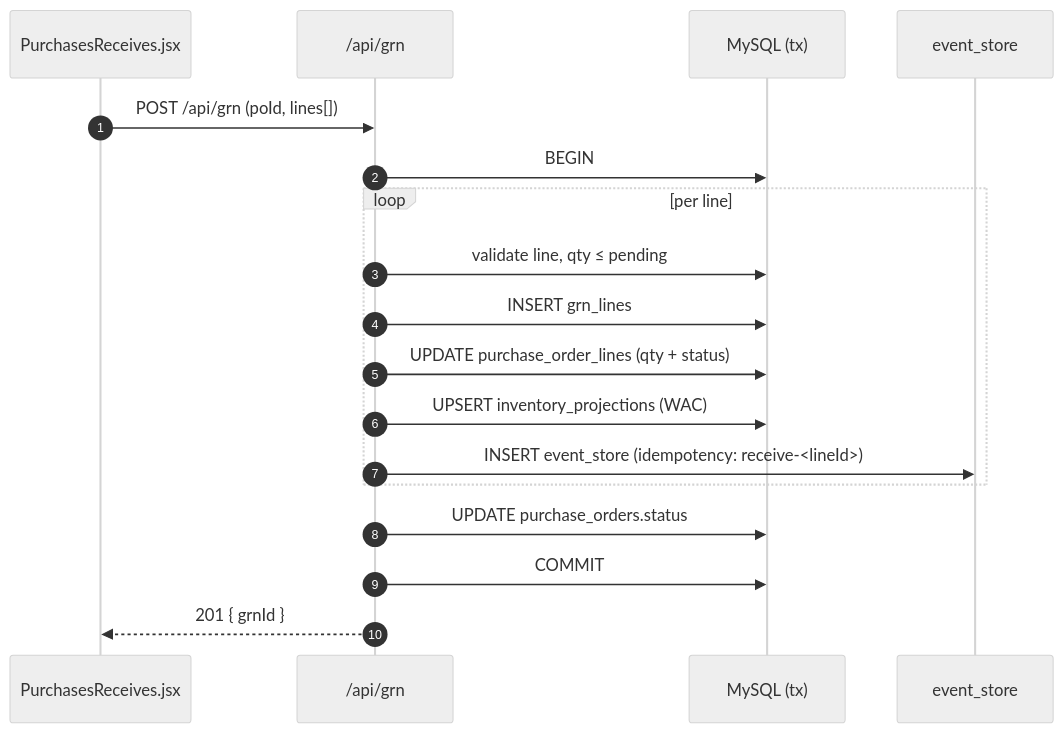
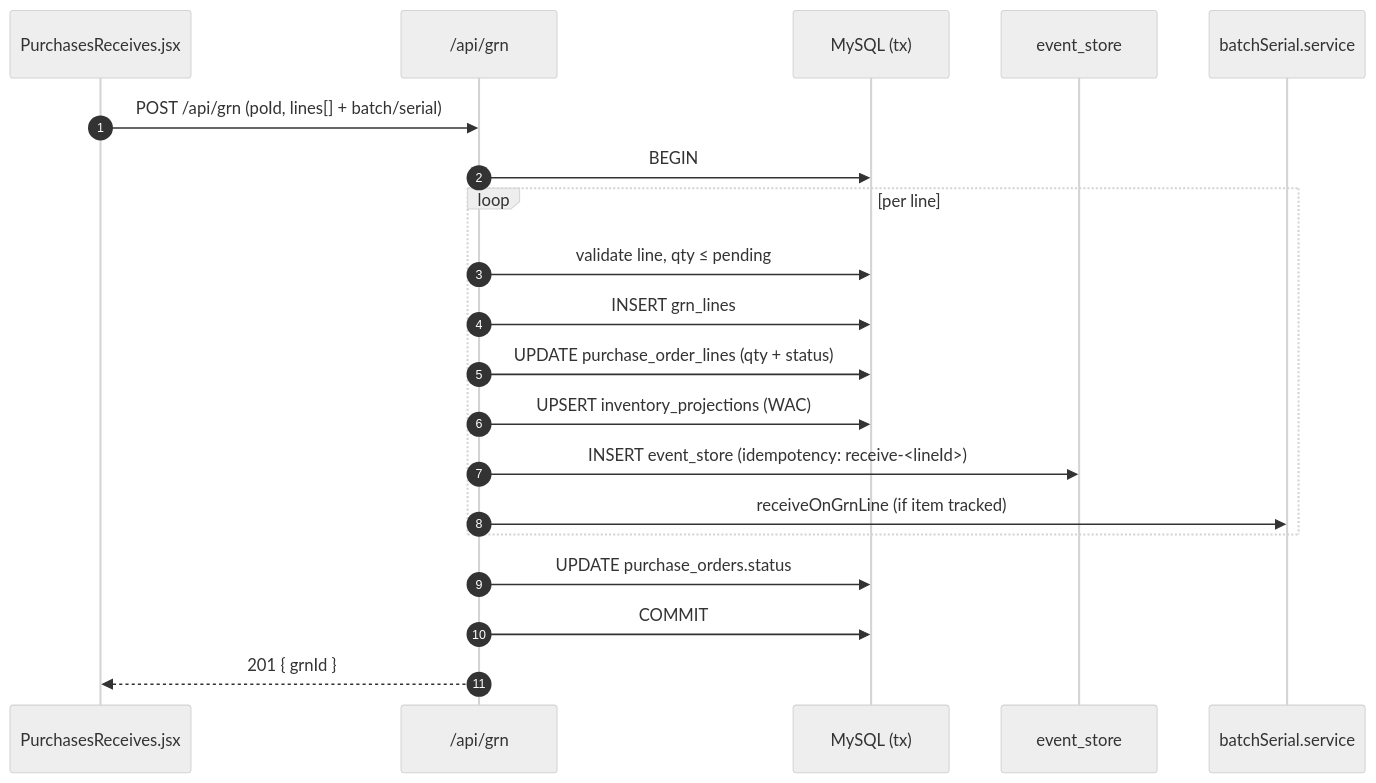
Before and after one commit to lokendra303/Inventory_Management_Node.js_Production: the tenth of 17 diagrams in docs/WORKFLOW.md, drawn with Mermaid (neutral theme). The commit also changed other lines of this file and 29 other files, not shown here.

````diff
--- a/docs/WORKFLOW.md
+++ b/docs/WORKFLOW.md
@@ -557,21 +562,23 @@
 ```mermaid
 sequenceDiagram
   autonumber
   participant FE as PurchasesReceives.jsx
   participant API as /api/grn
   participant DB as MySQL (tx)
   participant EVT as event_store
+  participant BS as batchSerial.service
 
-  FE->>API: POST /api/grn (poId, lines[])
+  FE->>API: POST /api/grn (poId, lines[] + batch/serial)
   API->>DB: BEGIN
   loop per line
     API->>DB: validate line, qty ≤ pending
     API->>DB: INSERT grn_lines
     API->>DB: UPDATE purchase_order_lines (qty + status)
     API->>DB: UPSERT inventory_projections (WAC)
     API->>EVT: INSERT event_store (idempotency: receive-<lineId>)
+    API->>BS: receiveOnGrnLine (if item tracked)
   end
   API->>DB: UPDATE purchase_orders.status
   API->>DB: COMMIT
   API-->>FE: 201 { grnId }
 ```
````
